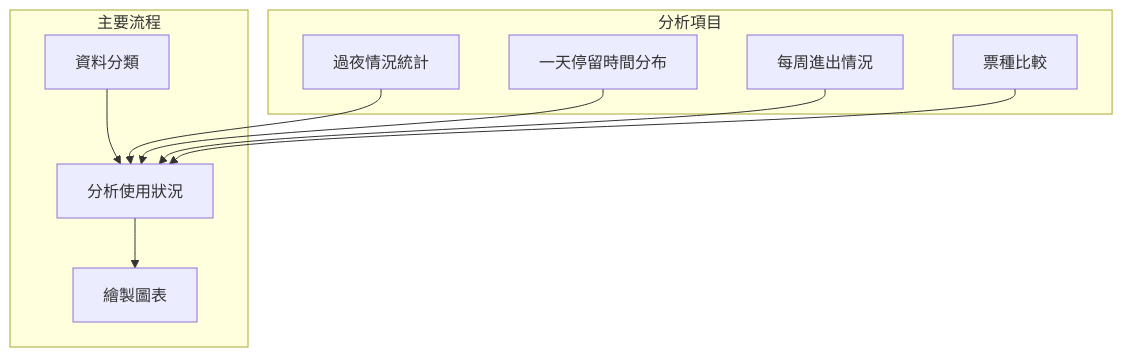
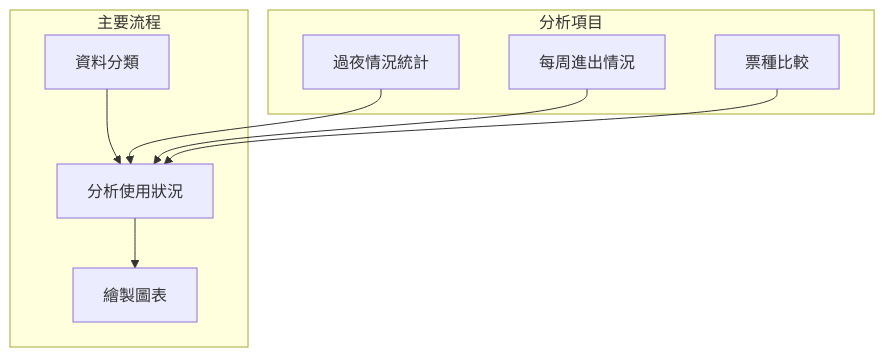
One commit to CodeToCody/Parking_ana changed the diagram in Chapter4資料探勘與趨勢分析/TicketSituationDifference.md. Above: the diagram before and after it, drawn with Mermaid. The commit also changed other lines of this file and 2 other files, not shown here.

````diff
--- a/Chapter4資料探勘與趨勢分析/TicketSituationDifference.md
+++ b/Chapter4資料探勘與趨勢分析/TicketSituationDifference.md
@@ -1,15 +1,14 @@
 ```mermaid
 flowchart TD
 subgraph 主要流程
 A[資料分類] --> B[分析使用狀況] --> C[繪製圖表]
 end
 
 subgraph 分析項目
 q[過夜情況統計] --> B
-w[一天停留時間分布] --> B
 e[每周進出情況] --> B
 r[票種比較] --> B
 end
 
 
 ```
````
